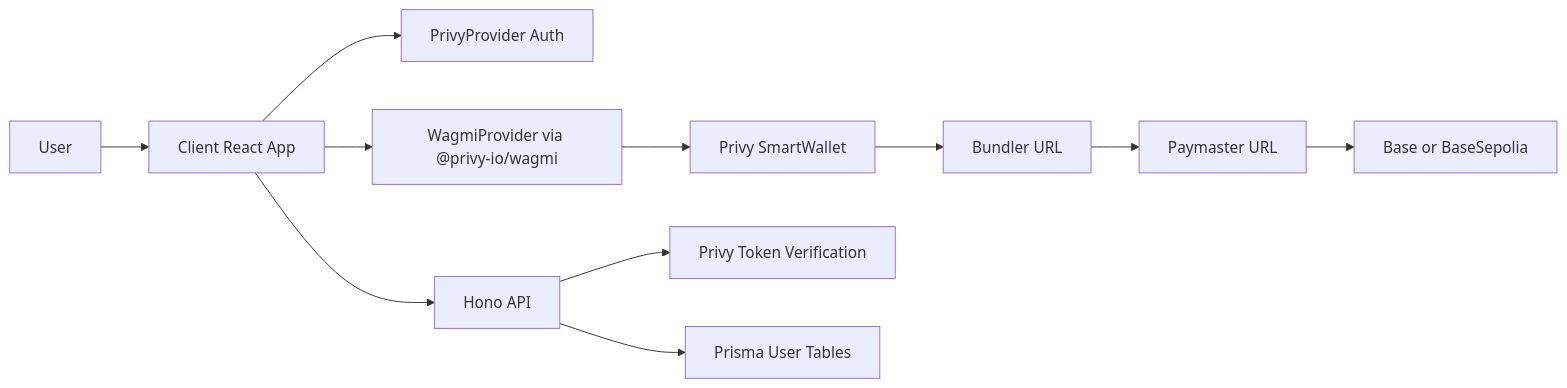
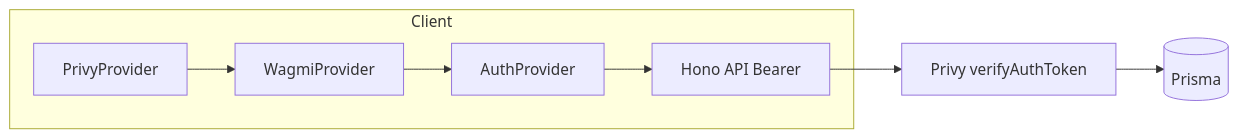
The first of 2 diagrams in PRIVY_MIGRATION_PLAN.md (MagRelo/cut), drawn with Mermaid before and after one commit. The commit also changed other lines of this file and 62 other files, not shown here.

````diff
--- a/PRIVY_MIGRATION_PLAN.md
+++ b/PRIVY_MIGRATION_PLAN.md
@@ -79,13 +83,12 @@
 ```mermaid
 flowchart LR
-  user[User] --> client[Client React App]
-  client --> privyAuth[PrivyProvider Auth]
-  client --> privyWagmi[WagmiProvider via @privy-io/wagmi]
-  privyWagmi --> smartWallet[Privy SmartWallet]
-  smartWallet --> bundler[Bundler URL]
-  bundler --> paymaster[Paymaster URL]
-  paymaster --> baseChain[Base or BaseSepolia]
-  client --> api[Hono API]
-  api --> privyVerify[Privy Token Verification]
-  api --> prisma[Prisma User Tables]
+  subgraph client [Client]
+    P[PrivyProvider]
+    W[WagmiProvider]
+    A[AuthProvider]
+    P --> W --> A
+    A --> api["Hono API Bearer"]
+  end
+  api --> verify[Privy verifyAuthToken]
+  verify --> db[(Prisma)]
 ```
````
